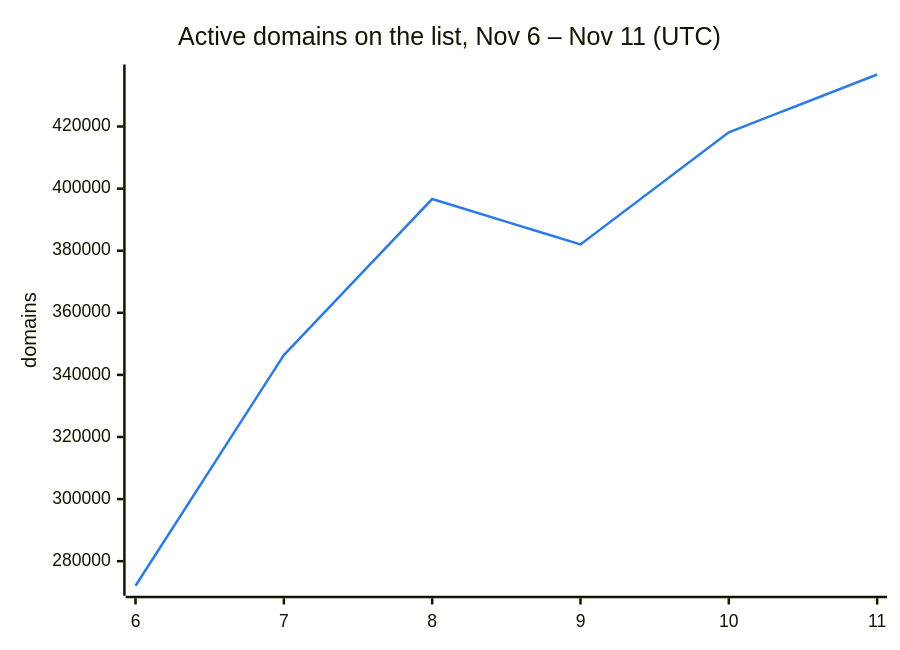
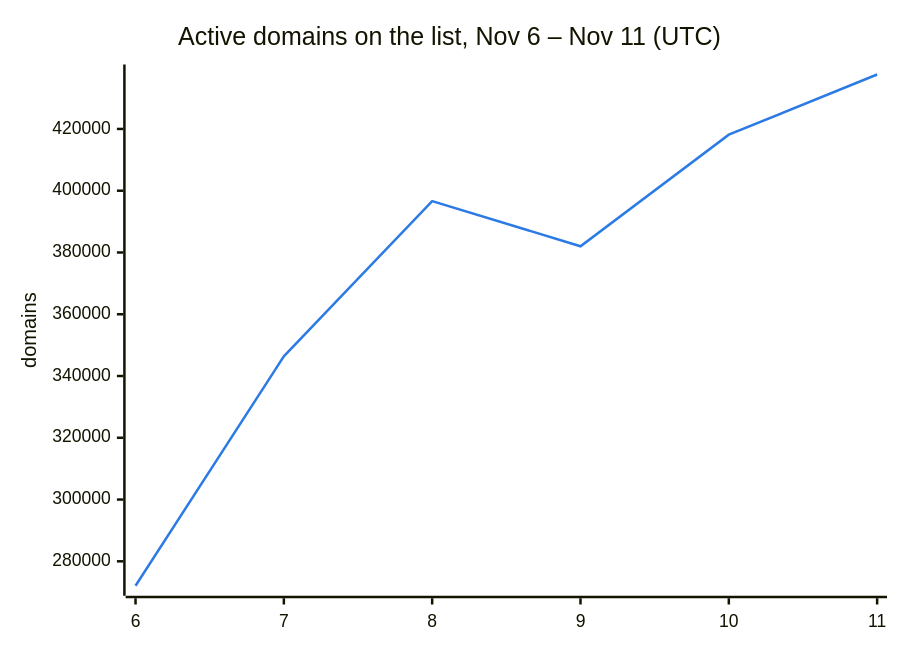
One commit to DNSBunker/CTI changed the second of 3 diagrams in README.md. Above: the diagram before and after it, drawn with Mermaid. The commit also changed other lines of this file and 3 other files, not shown here.

````diff
--- a/README.md
+++ b/README.md
@@ -38,8 +38,8 @@
 ```mermaid
 %%{init: {"themeVariables": {"xyChart": {"plotColorPalette": "#2c7be5"}}}}%%
 xychart-beta
     title "Active domains on the list, Nov 6 – Nov 11 (UTC)"
     x-axis ["6", "7", "8", "9", "10", "11"]
     y-axis "domains"
-    line [272088, 346388, 396638, 382009, 418143, 436751]
+    line [272088, 346388, 396638, 382009, 418143, 437630]
 ```
````
